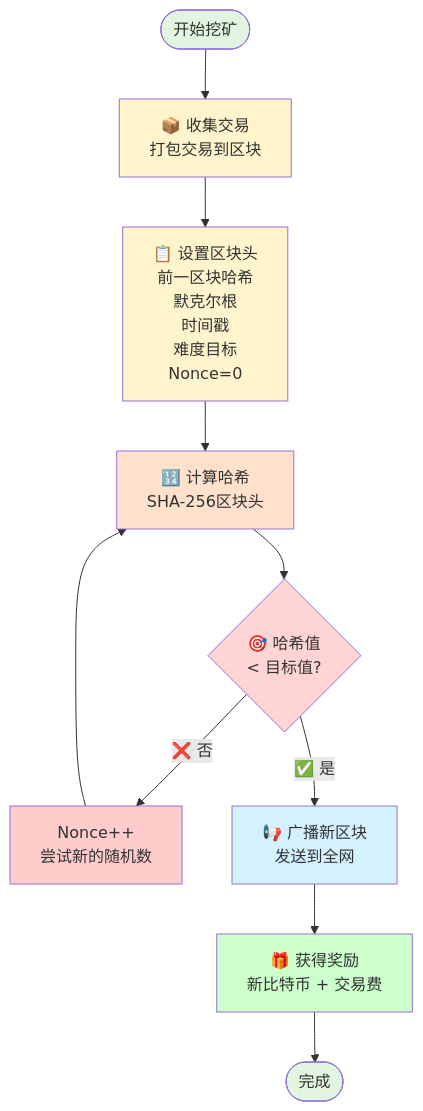
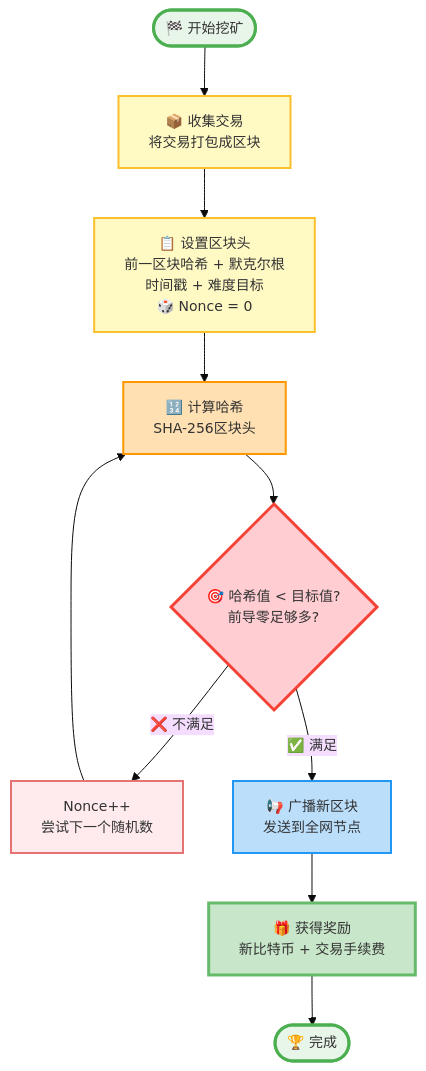
Before and after one commit to Ben-artist/blog: the first of 4 diagrams in posts/block-chain.md, drawn with Mermaid. The commit also changed other lines of this file and 4 other files, not shown here.

Commit message:
Redesign Mermaid flowcharts with better layout and styling

````diff
--- a/posts/block-chain.md
+++ b/posts/block-chain.md
@@ -154,22 +154,23 @@
 ```mermaid
+%%{init: {'theme':'base', 'themeVariables': { 'fontSize':'14px'}}}%%
 flowchart TD
-    Start([开始挖矿]) --> Step1[📦 收集交易<br/>打包交易到区块]
-    Step1 --> Step2[📋 设置区块头<br/>前一区块哈希<br/>默克尔根<br/>时间戳<br/>难度目标<br/>Nonce=0]
-    Step2 --> Step3[🔢 计算哈希<br/>SHA-256区块头]
-    Step3 --> Check{🎯 哈希值<br/>< 目标值?}
-    Check -->|❌ 否| Increment[Nonce++<br/>尝试新的随机数]
-    Increment --> Step3
-    Check -->|✅ 是| Step4[📢 广播新区块<br/>发送到全网]
-    Step4 --> Reward[🎁 获得奖励<br/>新比特币 + 交易费]
-    Reward --> End([完成])
+    Start([🏁 开始挖矿]) --> Collect[📦 收集交易<br/>将交易打包成区块]
+    Collect --> SetHeader[📋 设置区块头<br/>前一区块哈希 + 默克尔根<br/>时间戳 + 难度目标<br/>🎲 Nonce = 0]
+    SetHeader --> CalcHash[🔢 计算哈希<br/>SHA-256区块头]
+    CalcHash --> Check{🎯 哈希值 < 目标值?<br/>前导零足够多?}
+    Check -->|❌ 不满足| Increment[Nonce++<br/>尝试下一个随机数]
+    Increment --> CalcHash
+    Check -->|✅ 满足| Broadcast[📢 广播新区块<br/>发送到全网节点]
+    Broadcast --> Reward[🎁 获得奖励<br/>新比特币 + 交易手续费]
+    Reward --> End([🏆 完成])
     
-    style Start fill:#e1f5e1
-    style Step1 fill:#fff4cc
-    style Step2 fill:#fff4cc
-    style Step3 fill:#ffe1cc
-    style Check fill:#ffd4d4
-    style Increment fill:#ffcccc
-    style Step4 fill:#d4f1ff
-    style Reward fill:#ccffcc
-    style End fill:#e1f5e1
+    style Start fill:#e8f5e9,stroke:#4caf50,stroke-width:3px
+    style Collect fill:#fff9c4,stroke:#fbc02d,stroke-width:2px
+    style SetHeader fill:#fff9c4,stroke:#fbc02d,stroke-width:2px
+    style CalcHash fill:#ffe0b2,stroke:#ff9800,stroke-width:2px
+    style Check fill:#ffcdd2,stroke:#f44336,stroke-width:3px
+    style Increment fill:#ffebee,stroke:#e57373,stroke-width:2px
+    style Broadcast fill:#bbdefb,stroke:#2196f3,stroke-width:2px
+    style Reward fill:#c8e6c9,stroke:#66bb6a,stroke-width:3px
+    style End fill:#e8f5e9,stroke:#4caf50,stroke-width:3px
 ```
````
